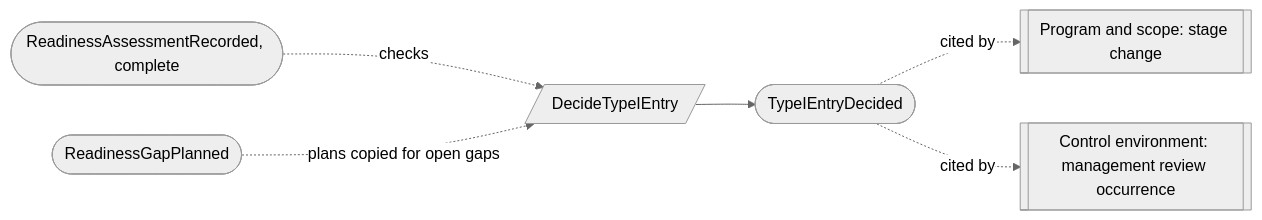
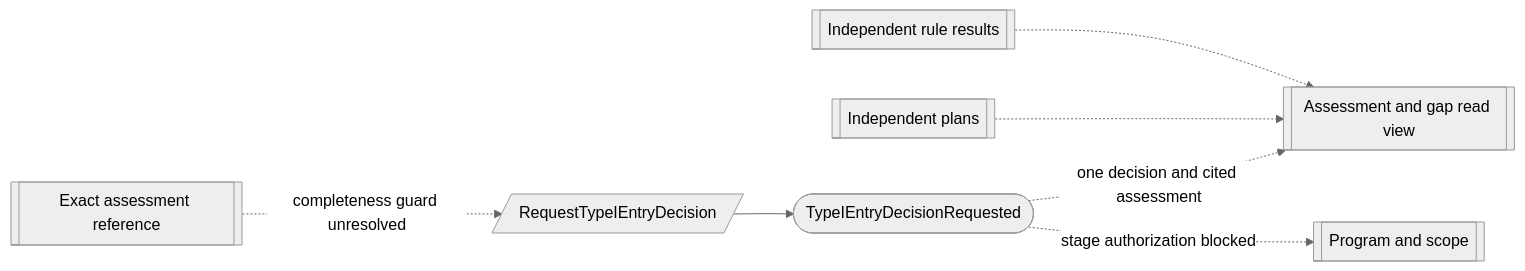
Before and after one commit to bdgrz/compliance-core: the second of 2 diagrams in docs/proposed/contexts/readiness.md, drawn with Mermaid (neutral theme). The commit also changed other lines of this file and 1812 other files, not shown here.

````diff
--- a/docs/proposed/contexts/readiness.md
+++ b/docs/proposed/contexts/readiness.md
@@ -121,8 +208,9 @@
 ```mermaid
 flowchart LR
-    E1([ReadinessAssessmentRecorded, complete]) -. checks .-> C1
-    G([ReadinessGapPlanned]) -. "plans copied for open gaps" .-> C1
-    C1[/DecideTypeIEntry/] --> E2([TypeIEntryDecided])
-    E2 -. "cited by" .-> X1[[Program and scope: stage change]]
-    E2 -. "cited by" .-> X2[[Control environment: management review occurrence]]
+    A[[Exact assessment reference]] -. "completeness guard unresolved" .-> C1[/RequestTypeIEntryDecision/]
+    C1 --> R([TypeIEntryDecisionRequested])
+    E[[Independent rule results]] -.-> V[[Assessment and gap read view]]
+    G[[Independent plans]] -.-> V
+    R -. "one decision and cited assessment" .-> V
+    R -. "stage authorization blocked" .-> X[[Program and scope]]
 ```
````
